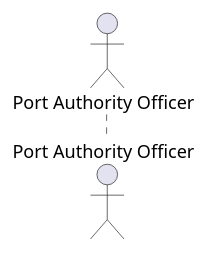
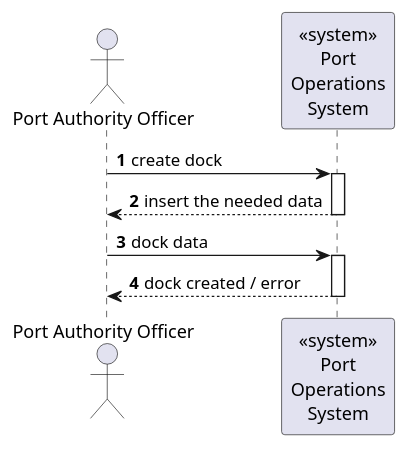
One commit to Departamento-de-Engenharia-Informatica/LEI-SEM5-PI-2025-26-3DK-04 changed the diagram in docs/sprint1/level1/process_view/1230762 - João Monteiro/US 2.2.3/SD_US2.2.3_CREATE.puml. Above: the diagram before and after it, drawn with PlantUML. The commit also changed 20 other files, not shown here.

```diff
--- a/docs/sprint1/level1/process_view/1230762 - João Monteiro/US 2.2.3/SD_US2.2.3_CREATE.puml
+++ b/docs/sprint1/level1/process_view/1230762 - João Monteiro/US 2.2.3/SD_US2.2.3_CREATE.puml
@@ -1,6 +1,16 @@
 @startuml SD_US2.2.3_CREATE
 autonumber
 
 actor "Port Authority Officer" as Officer
+participant "<<system>>\nPort\nOperations\nSystem" as System
 
+Officer -> System : create dock
+activate System
+System --> Officer : insert the needed data
+deactivate System
+
+Officer -> System : dock data
+activate System
+System --> Officer : dock created / error
+deactivate System
 @enduml
```
